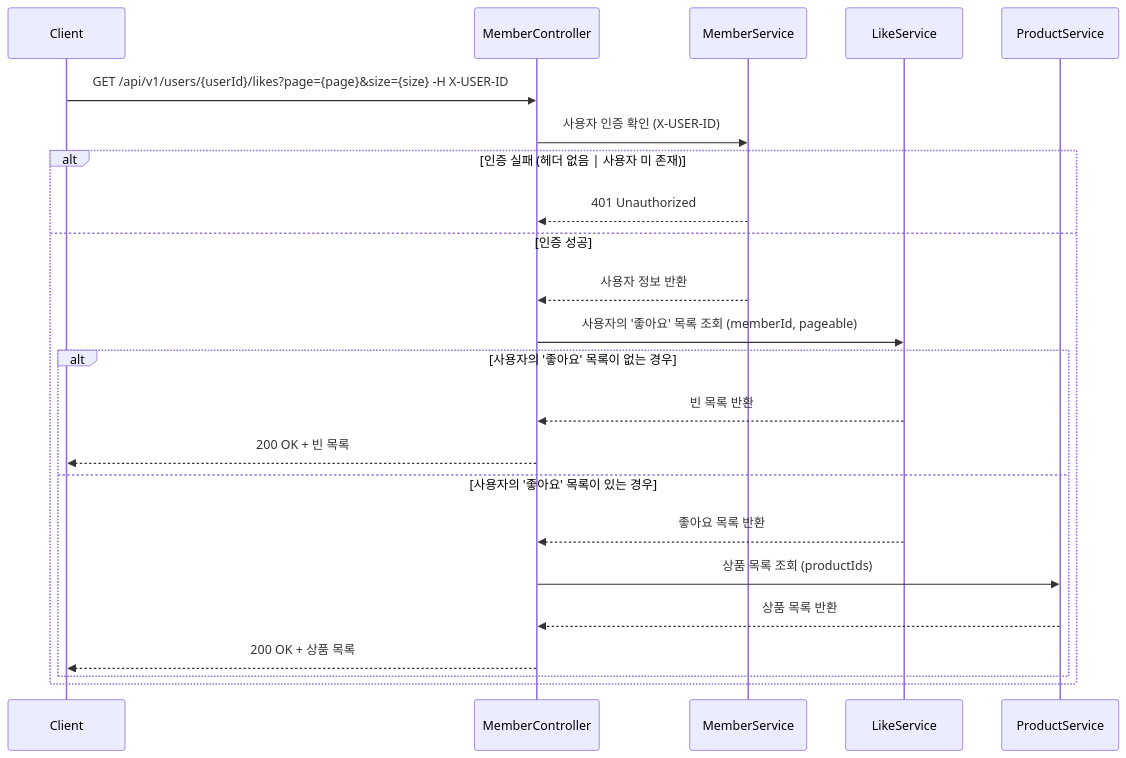
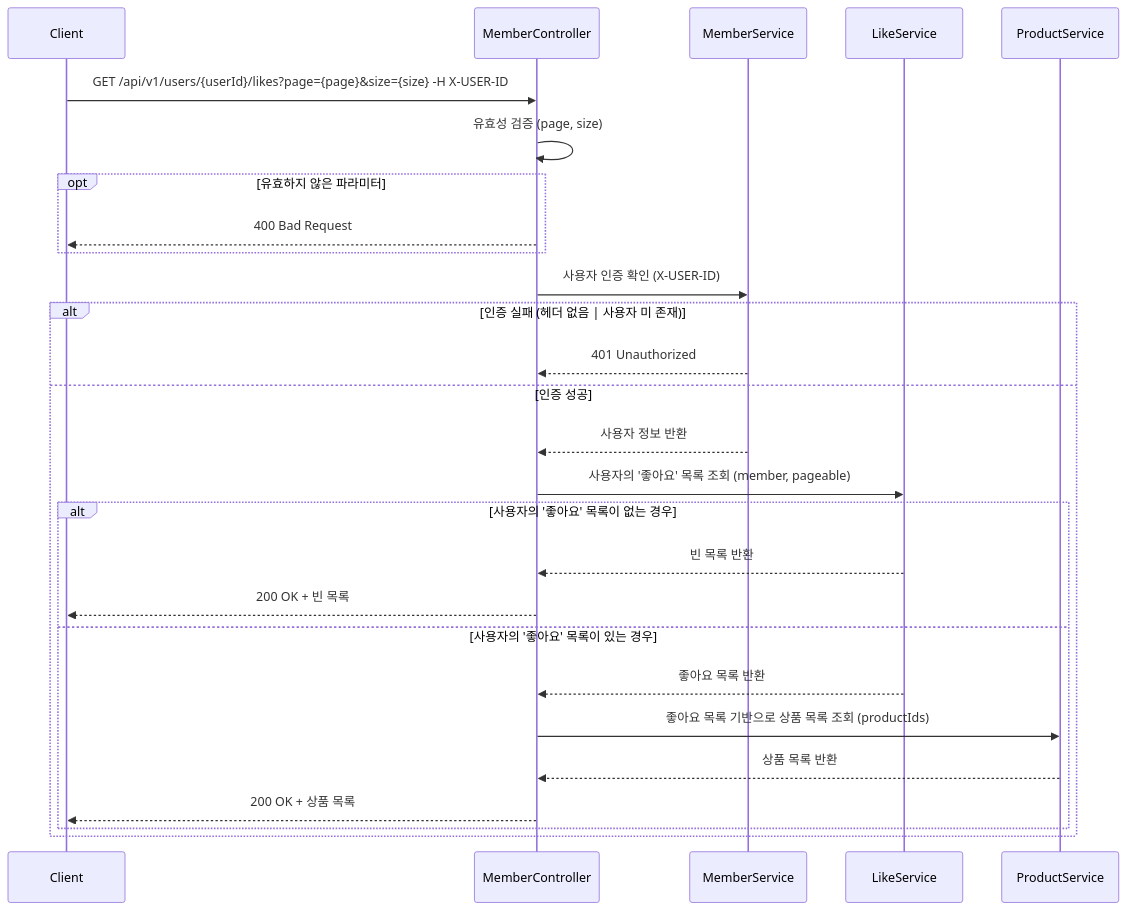
Before and after one commit to dhgu-dev/e-commerce: the sixth of 9 diagrams in docs/design/02-sequence-diagrams.md, drawn with Mermaid. The commit also changed other lines of this file and 3 other files, not shown here.

First line of the commit message:
docs: 시퀀스 및 클래스 다이어그램 개선 (#11)

````diff
--- a/docs/design/02-sequence-diagrams.md
+++ b/docs/design/02-sequence-diagrams.md
@@ -165,26 +165,30 @@
 ```mermaid  
 sequenceDiagram
     participant C as Client
     participant MC as MemberController
     participant MS as MemberService
     participant LS as LikeService
     participant PS as ProductService
 
     C->>MC: GET /api/v1/users/{userId}/likes?page={page}&size={size} -H X-USER-ID
+    MC->>MC: 유효성 검증 (page, size)
+    opt 유효하지 않은 파라미터
+        MC-->>C: 400 Bad Request
+    end
     MC->>MS: 사용자 인증 확인 (X-USER-ID)
     alt 인증 실패 (헤더 없음 | 사용자 미 존재)
         MS-->>MC: 401 Unauthorized
     else 인증 성공
         MS-->>MC: 사용자 정보 반환
-        MC->>LS: 사용자의 '좋아요' 목록 조회 (memberId, pageable)
+        MC->>LS: 사용자의 '좋아요' 목록 조회 (member, pageable)
         alt 사용자의 '좋아요' 목록이 없는 경우
             LS-->>MC: 빈 목록 반환
             MC-->>C: 200 OK + 빈 목록
         else 사용자의 '좋아요' 목록이 있는 경우
             LS-->>MC: 좋아요 목록 반환
-            MC->>PS: 상품 목록 조회 (productIds)
+            MC->>PS: 좋아요 목록 기반으로 상품 목록 조회 (productIds)
             PS-->>MC: 상품 목록 반환
             MC-->>C: 200 OK + 상품 목록
         end
     end
 ```
````
